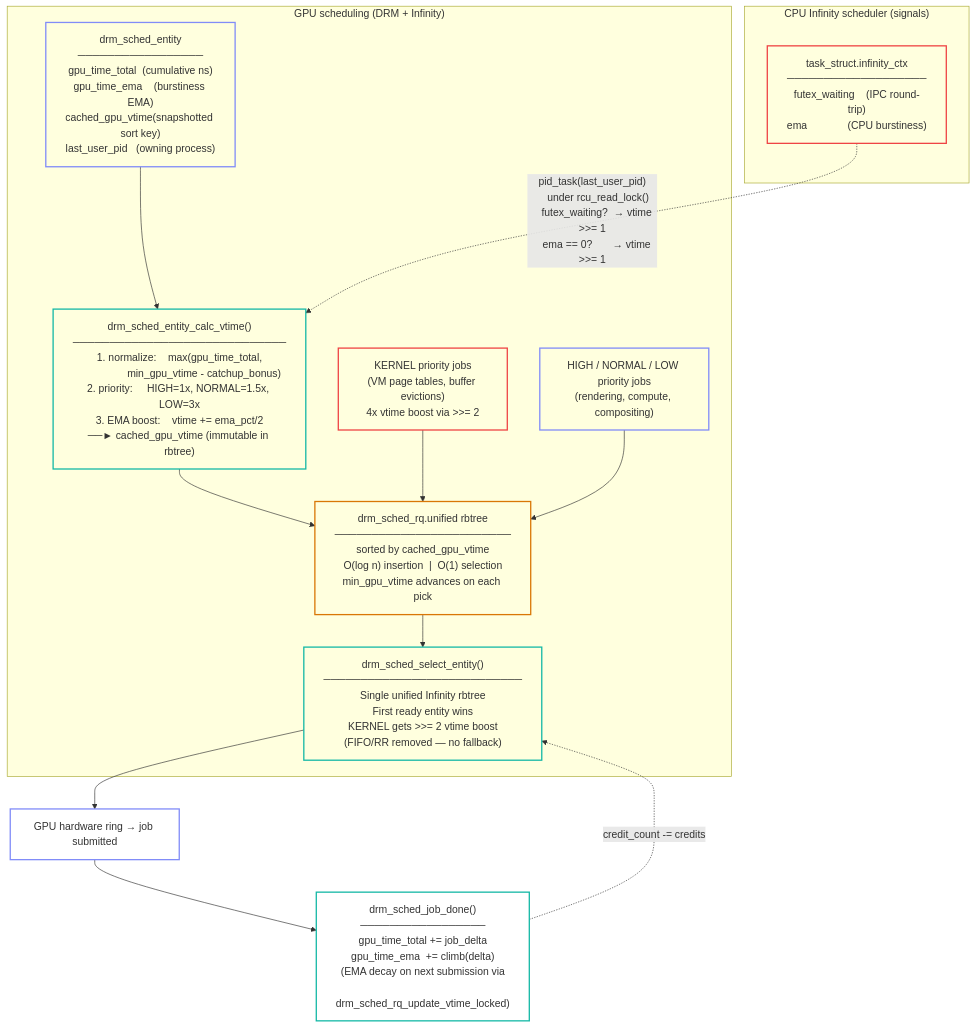
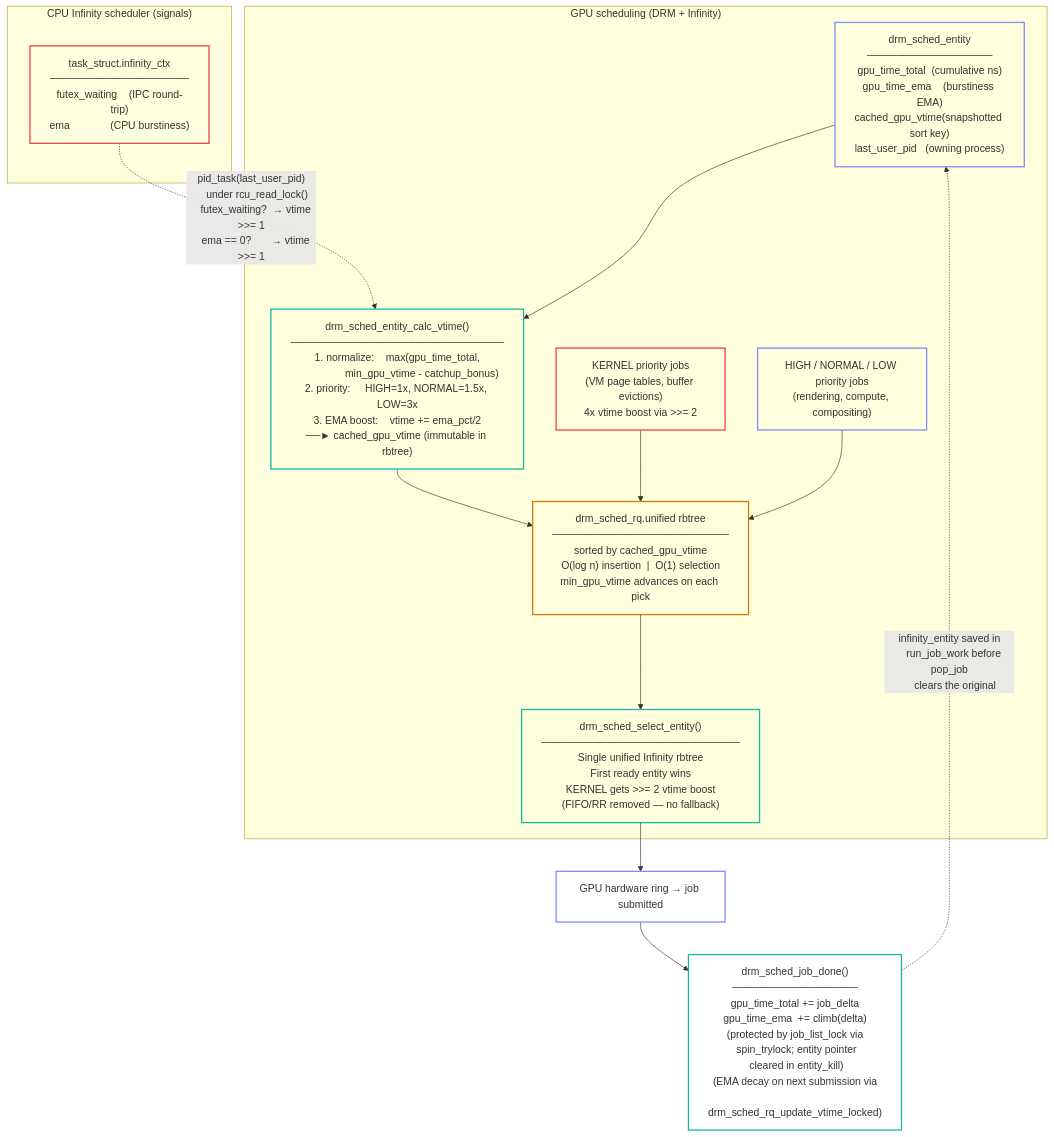
The second of 2 diagrams in README.md (galpt/infinity-scheduler), drawn with Mermaid before and after one commit. The commit also changed other lines of this file and 18 other files, not shown here.

````diff
--- a/README.md
+++ b/README.md
@@ -217,9 +221,14 @@
 ─────────────────
 gpu_time_total += job_delta
 gpu_time_ema  += climb(delta)
+(protected by job_list_lock via
+ spin_trylock; entity pointer
+ cleared in entity_kill)
 (EMA decay on next submission via
  drm_sched_rq_update_vtime_locked)"]
     class DONE algo
 
-    DONE -. "credit_count -= credits" .-> SELECT
+    DONE -. "infinity_entity saved in
+    run_job_work before pop_job
+    clears the original" .-> ENTITY
 ```
````
